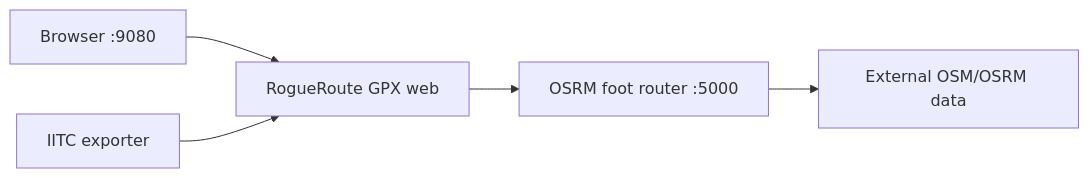
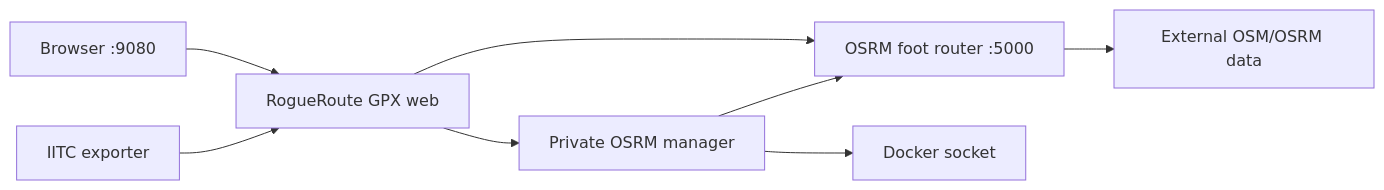
The diagram in README.md (RogueAssassin/RogueRoute-GPX), drawn with Mermaid before and after one commit. The commit also changed other lines of this file and 30 other files, not shown here.

````diff
--- a/README.md
+++ b/README.md
@@ -80,7 +81,10 @@
 ```mermaid
 flowchart LR
     Browser["Browser :9080"] --> Web["RogueRoute GPX web"]
     Web --> OSRM["OSRM foot router :5000"]
+    Web --> Manager["Private OSRM manager"]
+    Manager --> Socket["Docker socket"]
+    Manager --> OSRM
     OSRM --> Maps["External OSM/OSRM data"]
     IITC["IITC exporter"] --> Web
 ```
````
